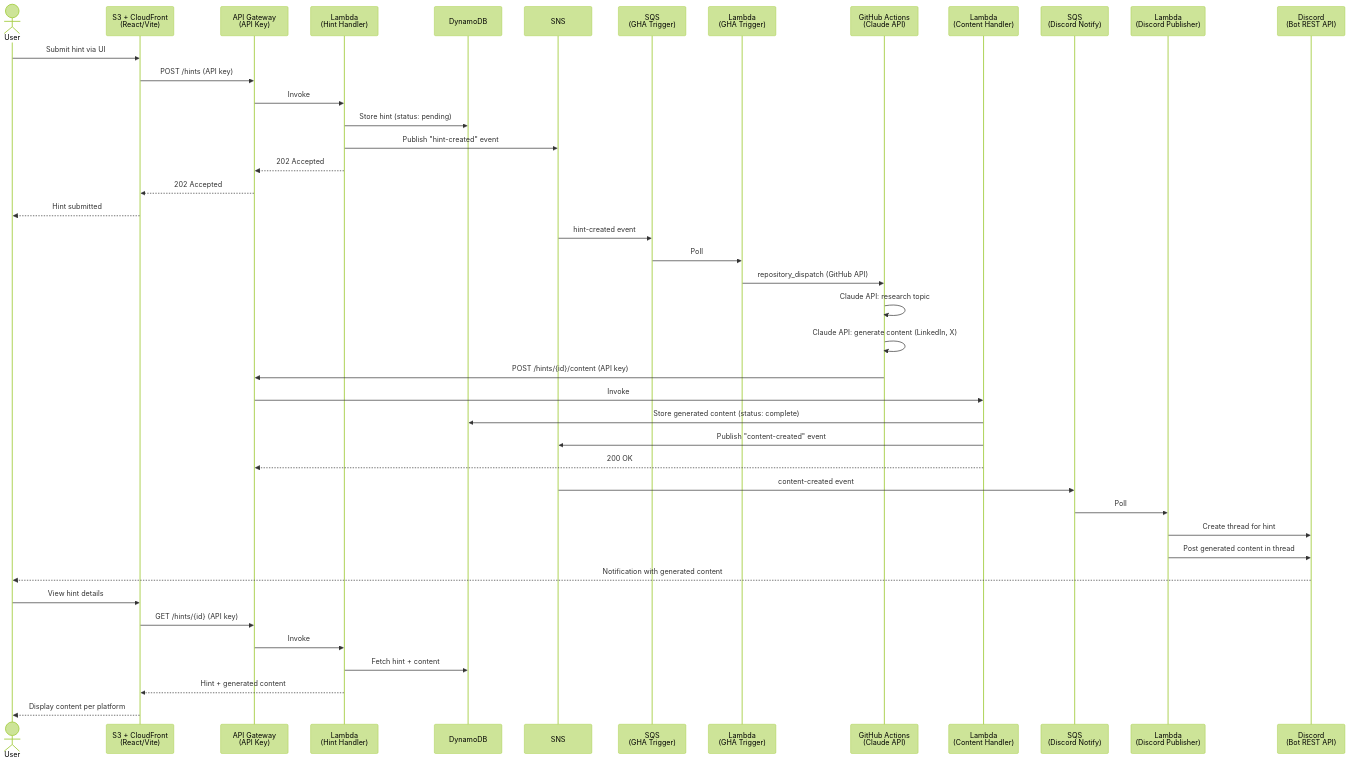
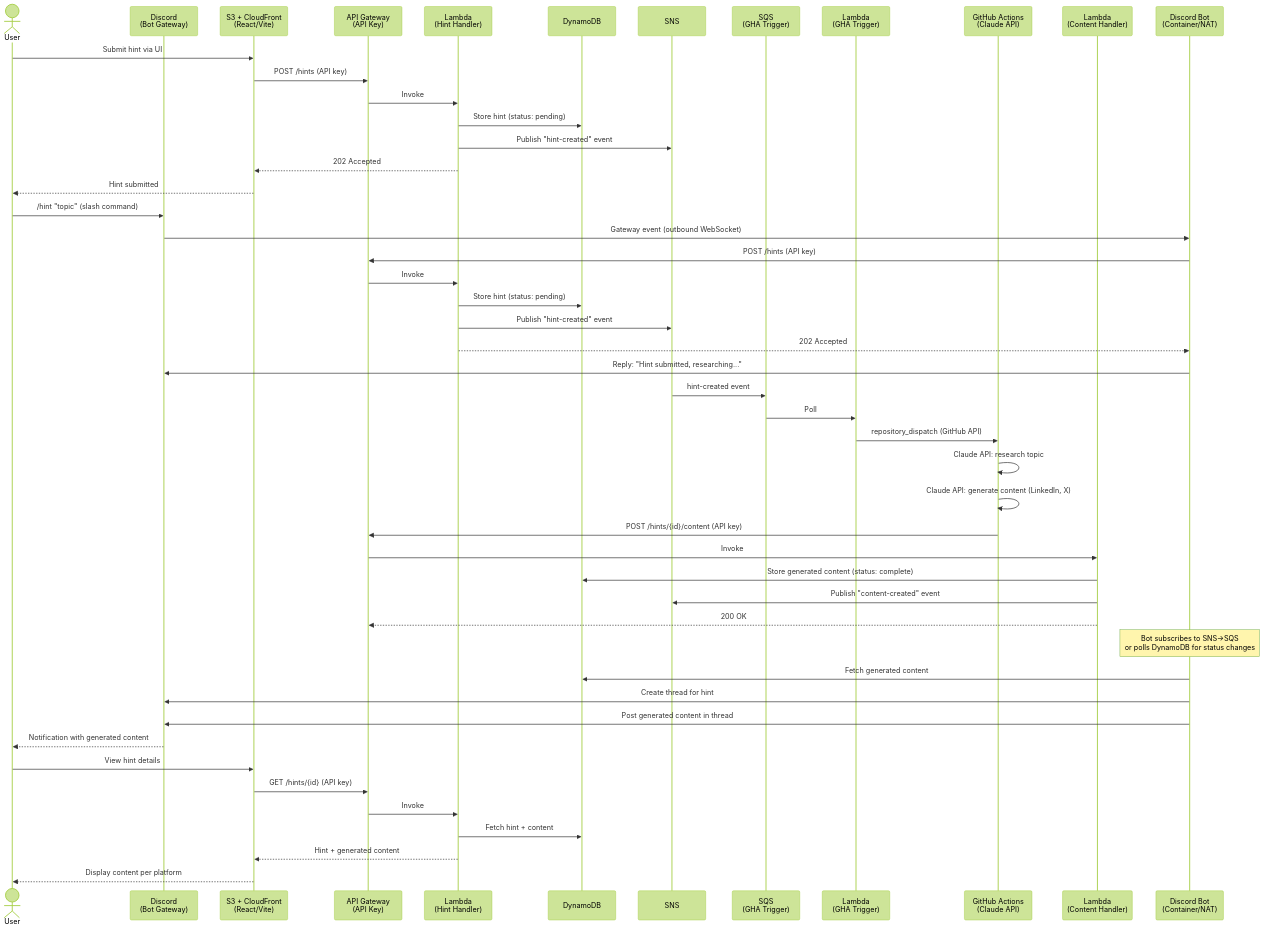
The diagram in requirements.md (traczewskim/social-media-publisher), drawn with Mermaid (forest theme) before and after one commit. The commit also changed other lines of this file, not shown here.

First line of the commit message:
Switch to CloudFormation, Discord bot behind NAT, bidirectional Discord

````diff
--- a/requirements.md
+++ b/requirements.md
@@ -20,55 +20,63 @@
 ```mermaid
 sequenceDiagram
     actor User
+    participant Discord as Discord<br/>(Bot Gateway)
     participant S3/CF as S3 + CloudFront<br/>(React/Vite)
     participant APIGW as API Gateway<br/>(API Key)
     participant LHint as Lambda<br/>(Hint Handler)
     participant DDB as DynamoDB
     participant SNS as SNS
-    participant SQS1 as SQS<br/>(GHA Trigger)
+    participant SQS as SQS<br/>(GHA Trigger)
     participant LTrigger as Lambda<br/>(GHA Trigger)
     participant GHA as GitHub Actions<br/>(Claude API)
     participant LContent as Lambda<br/>(Content Handler)
-    participant SQS2 as SQS<br/>(Discord Notify)
-    participant LDiscord as Lambda<br/>(Discord Publisher)
-    participant Discord as Discord<br/>(Bot REST API)
+    participant Bot as Discord Bot<br/>(Container/NAT)
 
-    %% Submit hint flow
+    %% === Hint via Web UI ===
     User->>S3/CF: Submit hint via UI
     S3/CF->>APIGW: POST /hints (API key)
     APIGW->>LHint: Invoke
     LHint->>DDB: Store hint (status: pending)
     LHint->>SNS: Publish "hint-created" event
-    LHint-->>APIGW: 202 Accepted
-    APIGW-->>S3/CF: 202 Accepted
+    LHint-->>S3/CF: 202 Accepted
     S3/CF-->>User: Hint submitted
 
-    %% SNS fanout → trigger GitHub Actions
-    SNS->>SQS1: hint-created event
-    SQS1->>LTrigger: Poll
+    %% === Hint via Discord ===
+    User->>Discord: /hint "topic" (slash command)
+    Discord->>Bot: Gateway event (outbound WebSocket)
+    Bot->>APIGW: POST /hints (API key)
+    APIGW->>LHint: Invoke
+    LHint->>DDB: Store hint (status: pending)
+    LHint->>SNS: Publish "hint-created" event
+    LHint-->>Bot: 202 Accepted
+    Bot->>Discord: Reply: "Hint submitted, researching..."
+
+    %% === SNS fanout → trigger GitHub Actions ===
+    SNS->>SQS: hint-created event
+    SQS->>LTrigger: Poll
     LTrigger->>GHA: repository_dispatch (GitHub API)
 
-    %% Research + generation flow
+    %% === Research + generation flow ===
     GHA->>GHA: Claude API: research topic
     GHA->>GHA: Claude API: generate content (LinkedIn, X)
     GHA->>APIGW: POST /hints/{id}/content (API key)
     APIGW->>LContent: Invoke
     LContent->>DDB: Store generated content (status: complete)
     LContent->>SNS: Publish "content-created" event
     LContent-->>APIGW: 200 OK
 
-    %% SNS fanout → Discord notification
-    SNS->>SQS2: content-created event
-    SQS2->>LDiscord: Poll
-    LDiscord->>Discord: Create thread for hint
-    LDiscord->>Discord: Post generated content in thread
+    %% === Discord bot picks up content-created ===
+    Note over Bot: Bot subscribes to SNS→SQS<br/>or polls DynamoDB for status changes
+    Bot->>DDB: Fetch generated content
+    Bot->>Discord: Create thread for hint
+    Bot->>Discord: Post generated content in thread
     Discord-->>User: Notification with generated content
 
-    %% Review flow
+    %% === Review via Web UI ===
     User->>S3/CF: View hint details
     S3/CF->>APIGW: GET /hints/{id} (API key)
     APIGW->>LHint: Invoke
     LHint->>DDB: Fetch hint + content
     LHint-->>S3/CF: Hint + generated content
     S3/CF-->>User: Display content per platform
 ```
````
